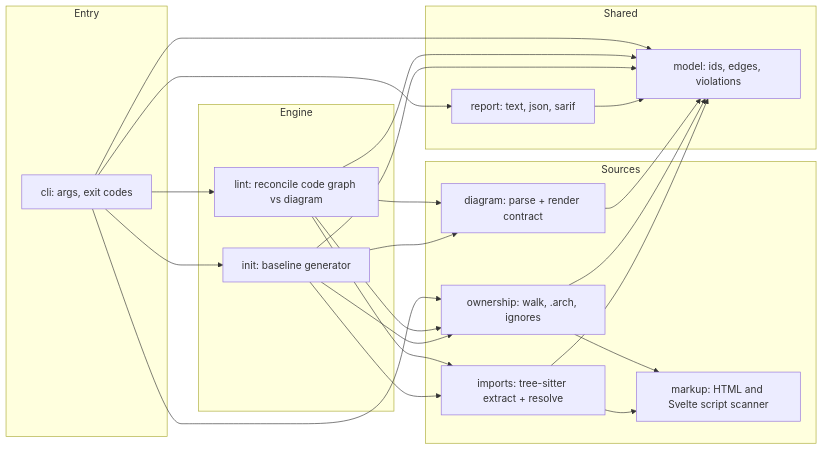
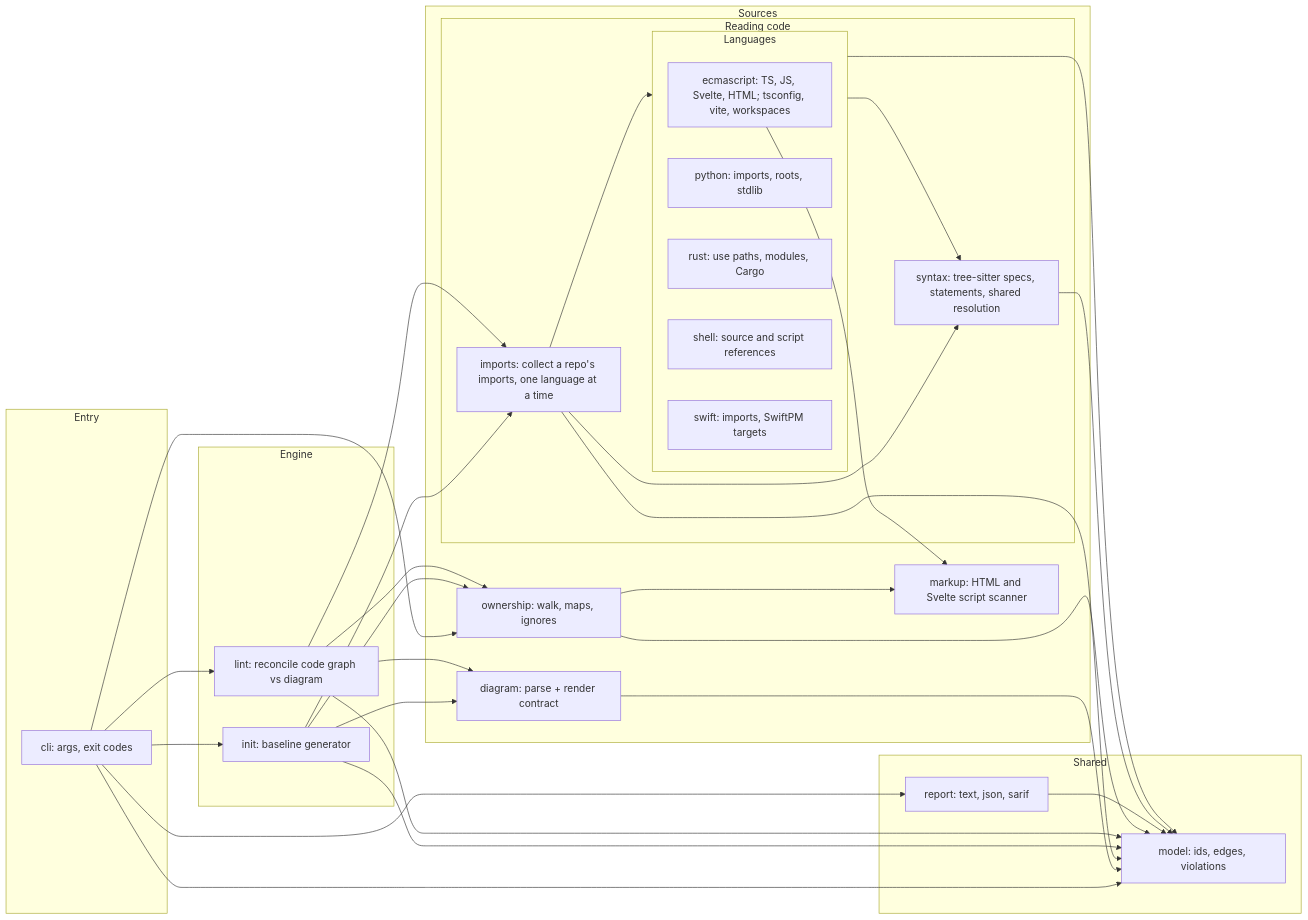
Before and after one commit to phanshiyu/driftwall: the diagram in architecture.mmd, drawn with Mermaid. The commit also changed 15 other files, not shown here.

First line of the commit message:
contract: split reading code into imports, isolated languages and syntax; enforce the layers

```diff
--- a/architecture.mmd
+++ b/architecture.mmd
@@ -1,45 +1,91 @@
-%% driftwall architecture contract (dogfooded).
-%% Grammar: flowchart subset. See docs/DESIGN.md#contract-format.
-%% Solid arrow  = implemented dependency, enforced.
-%% Dotted arrow = planned dependency, tolerated until built.
+%% driftwall architecture contract.
+%% Solid arrow  (-->)  = implemented dependency, enforced.
+%% Dotted arrow (-.->) = planned dependency, tolerated until built.
 flowchart LR
+
+  subgraph engine["Engine"]
+    init["init: baseline generator"]
+    lint["lint: reconcile code graph vs diagram"]
+  end
+
   subgraph entry["Entry"]
     cli["cli: args, exit codes"]
-  end
-
-  subgraph engine["Engine"]
-    lint["lint: reconcile code graph vs diagram"]
-    init["init: baseline generator"]
-  end
-
-  subgraph sources["Sources"]
-    diagram["diagram: parse + render contract"]
-    ownership["ownership: walk, .arch, ignores"]
-    imports["imports: tree-sitter extract + resolve"]
-    markup["markup: HTML and Svelte script scanner"]
   end
 
   subgraph shared["Shared"]
     model["model: ids, edges, violations"]
     report["report: text, json, sarif"]
   end
 
+  subgraph sources["Sources"]
+    subgraph reading["Reading code"]
+      subgraph languages["Languages"]
+        ecmascript["ecmascript: TS, JS, Svelte, HTML; tsconfig, vite, workspaces"]
+        python["python: imports, roots, stdlib"]
+        rust["rust: use paths, modules, Cargo"]
+        shell["shell: source and script references"]
+        swift["swift: imports, SwiftPM targets"]
+      end
+      imports["imports: collect a repo's imports, one language at a time"]
+      syntax["syntax: tree-sitter specs, statements, shared resolution"]
+    end
+    diagram["diagram: parse + render contract"]
+    markup["markup: HTML and Svelte script scanner"]
+    ownership["ownership: walk, maps, ignores"]
+  end
+
+  cli --> init
   cli --> lint
-  cli --> init
+  cli --> model
+  cli --> ownership
   cli --> report
-  cli --> ownership
-  cli --> model
+  diagram --> model
+  ecmascript --> markup
+  imports --> model
+  imports --> syntax
+  init --> diagram
+  init --> imports
+  init --> model
+  init --> ownership
   lint --> diagram
-  lint --> ownership
   lint --> imports
   lint --> model
-  init --> diagram
-  init --> ownership
-  init --> imports
-  init --> model
-  diagram --> model
+  lint --> ownership
   ownership --> markup
   ownership --> model
-  imports --> markup
-  imports --> model
   report --> model
+  syntax --> model
+  imports --> languages
+  languages --> model
+  languages --> syntax
+
+  %% order: entry > engine > sources > shared
+  %% isolated: languages
+  %% no-cycles
+  %% no-cycles: boundaries
+  %% tests: isolated
+  %% facade imports
+
+  %% packages markup:
+  %% forbid-packages model: tree_sitter*, ignore, rayon, clap, anyhow
+  %% forbid-packages report: tree_sitter*, ignore, rayon, clap, anyhow
+  %% forbid-packages diagram: tree_sitter*, ignore, rayon, clap, anyhow
+  %% forbid-packages lint: tree_sitter*, ignore, clap, anyhow
+  %% forbid-packages init: tree_sitter*, ignore, clap, anyhow
+  %% forbid-packages ownership: tree_sitter*, clap, anyhow
+
+  %% map cli: src/cli/, src/lib.rs
+  %% map lint: src/lint/
+  %% map init: src/init/
+  %% map diagram: src/diagram/
+  %% map ownership: src/ownership/
+  %% map imports: src/imports/
+  %% map ecmascript: src/imports/ecmascript/
+  %% map python: src/imports/python/
+  %% map rust: src/imports/rust/
+  %% map swift: src/imports/swift/
+  %% map shell: src/imports/shell/
+  %% map syntax: src/imports/syntax/
+  %% map markup: src/markup/
+  %% map model: src/model/
+  %% map report: src/report/
```
